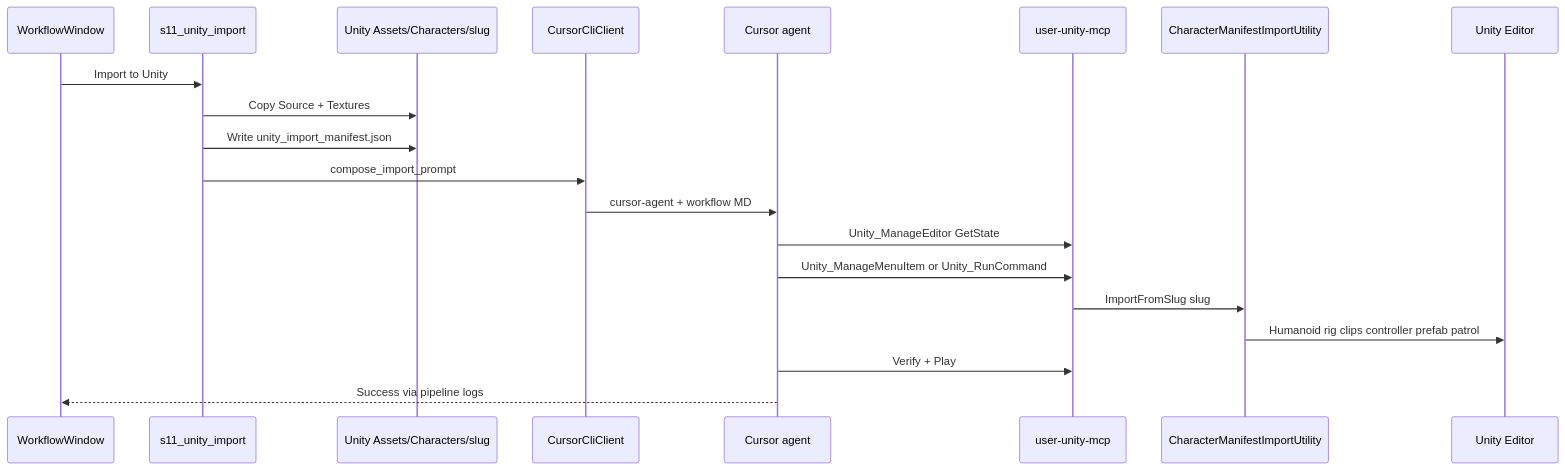
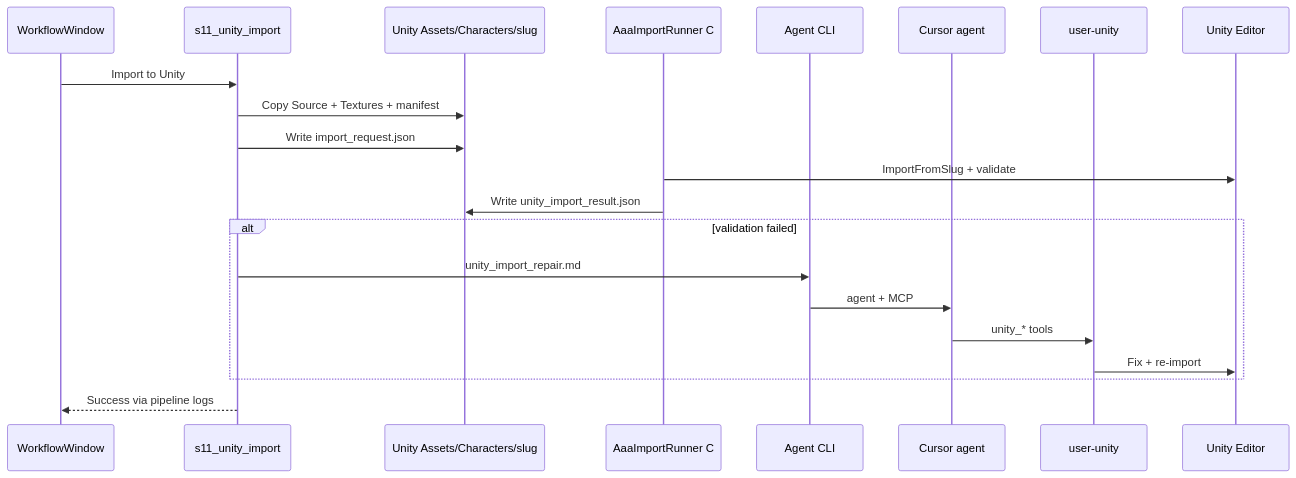
One commit to EazyTom/asset-assembly-automator changed the fifth of 7 diagrams in README.md. Above: the diagram before and after it, drawn with Mermaid. The commit also changed other lines of this file and 68 other files, not shown here.

Commit message:
v2.0.2 - characters, aircraft and vehicles - auto rigging aircraft and characters to work in Unity scene using scripts and MCP

````diff
--- a/README.md
+++ b/README.md
@@ -252,23 +280,24 @@
 ```mermaid
 sequenceDiagram
     participant W as WorkflowWindow
     participant S11 as s11_unity_import
     participant Disk as Unity Assets/Characters/slug
-    participant CLI as CursorCliClient
+    participant CS as AaaImportRunner C#
+    participant CLI as Agent CLI
     participant Agent as Cursor agent
-    participant MCP as user-unity-mcp
-    participant Util as CharacterManifestImportUtility
+    participant MCP as user-unity
     participant UE as Unity Editor
 
     W->>S11: Import to Unity
-    S11->>Disk: Copy Source + Textures
-    S11->>Disk: Write unity_import_manifest.json
-    S11->>CLI: compose_import_prompt
-    CLI->>Agent: cursor-agent + workflow MD
-    Agent->>MCP: Unity_ManageEditor GetState
-    Agent->>MCP: Unity_ManageMenuItem or Unity_RunCommand
-    MCP->>Util: ImportFromSlug slug
-    Util->>UE: Humanoid rig clips controller prefab patrol
-    Agent->>MCP: Verify + Play
-    Agent-->>W: Success via pipeline logs
+    S11->>Disk: Copy Source + Textures + manifest
+    S11->>Disk: Write import_request.json
+    CS->>UE: ImportFromSlug + validate
+    CS->>Disk: Write unity_import_result.json
+    alt validation failed
+        S11->>CLI: unity_import_repair.md
+        CLI->>Agent: agent + MCP
+        Agent->>MCP: unity_* tools
+        MCP->>UE: Fix + re-import
+    end
+    S11-->>W: Success via pipeline logs
 ```
````
